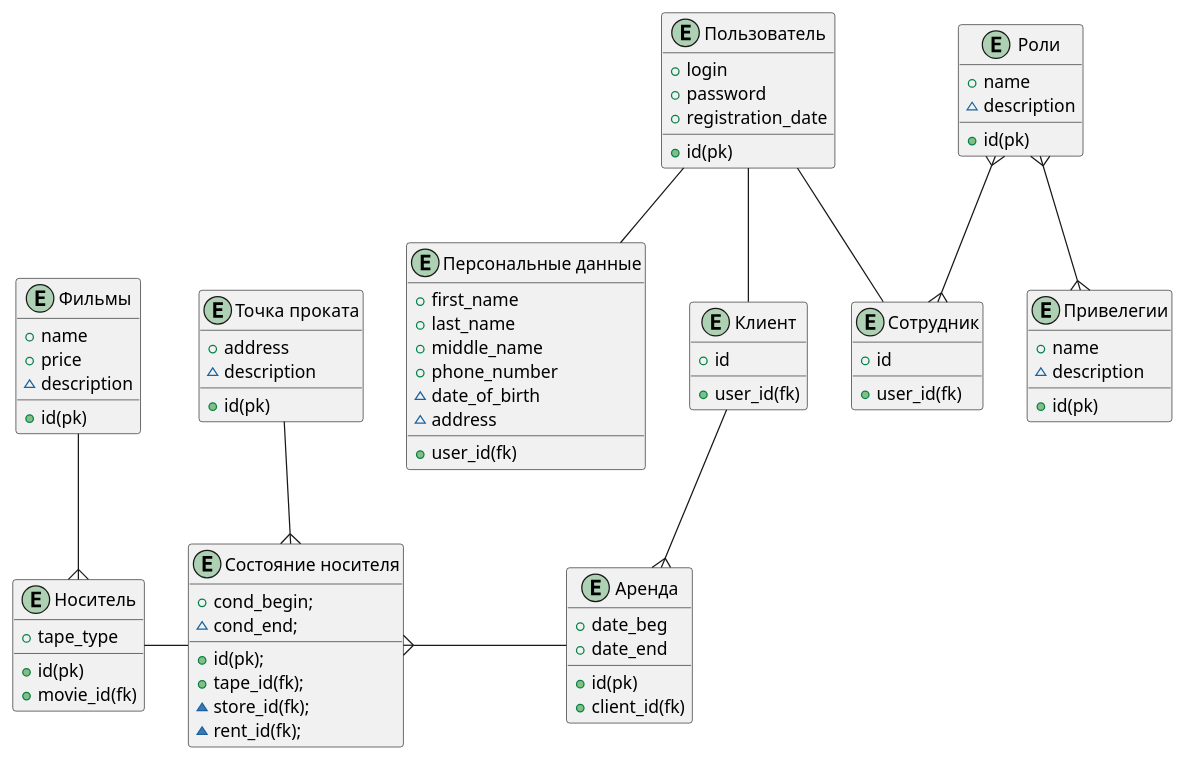
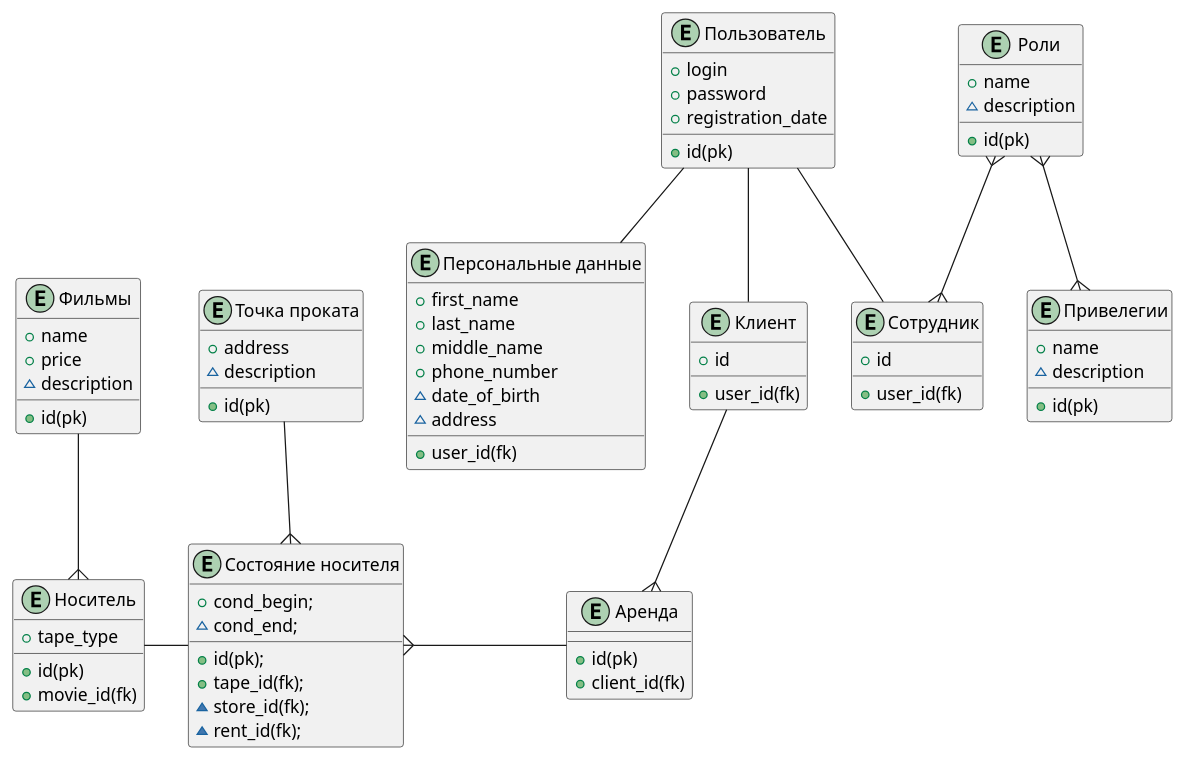
One commit to SofaaSogo-oh/rm_play changed the diagram in concept.puml. Above: the diagram before and after it, drawn with PlantUML. The commit also changed 9 other files, not shown here.

```diff
--- a/concept.puml
+++ b/concept.puml
@@ -1,78 +1,76 @@
 @startuml concept
 
 entity user as "Пользователь" {
   +id(pk)
   +login
   +password
   +registration_date
 } 
 entity personal_data as "Персональные данные" {
   +first_name
   +last_name
   +middle_name
   +phone_number
   ~date_of_birth
   ~address
   +user_id(fk)
 }
 entity role as "Роли" {
   +id(pk)
   +name
   ~description
 }
 entity privilege as "Привелегии" {
   +id(pk)
   +name
   ~description
 }
 entity movie as "Фильмы" {
   +id(pk)
   +name
   +price
   ~description
 }
 entity tape as "Носитель" {
   +id(pk)
   +movie_id(fk)
   +tape_type
 }
 entity tape_condition as "Состояние носителя" {
   +id(pk);
   +tape_id(fk);
   +cond_begin;
   ~cond_end;
   ~store_id(fk);
   ~rent_id(fk);
 }
 entity client as "Клиент" {
   +id
   +user_id(fk)
 }
 entity rent as "Аренда" {
   +id(pk)
-  +date_beg
-  +date_end
   +client_id(fk)
 }
 entity rental_store as "Точка проката" {
   +id(pk)
   +address
   ~description
 }
 entity employee as "Сотрудник" {
   +id
   +user_id(fk)
 }
 
 user -- personal_data
 user -- client
 user -- employee
 client --{ rent
 role }--{ privilege
 role }--{ employee
 tape }-u- movie
 rent -l-{ tape_condition
 rental_store --{ tape_condition
 tape_condition -l- tape
 
 @enduml
```
